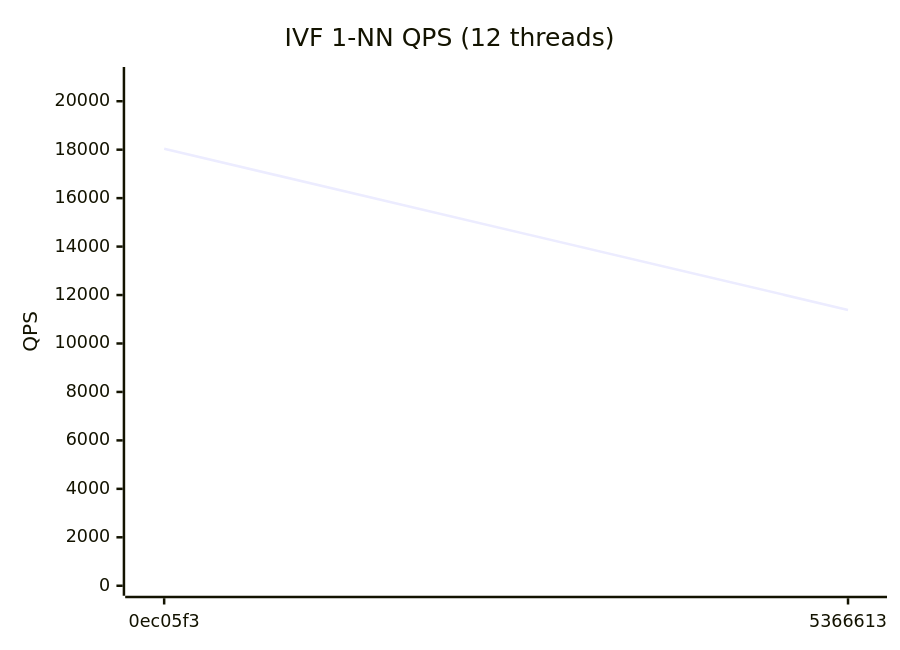
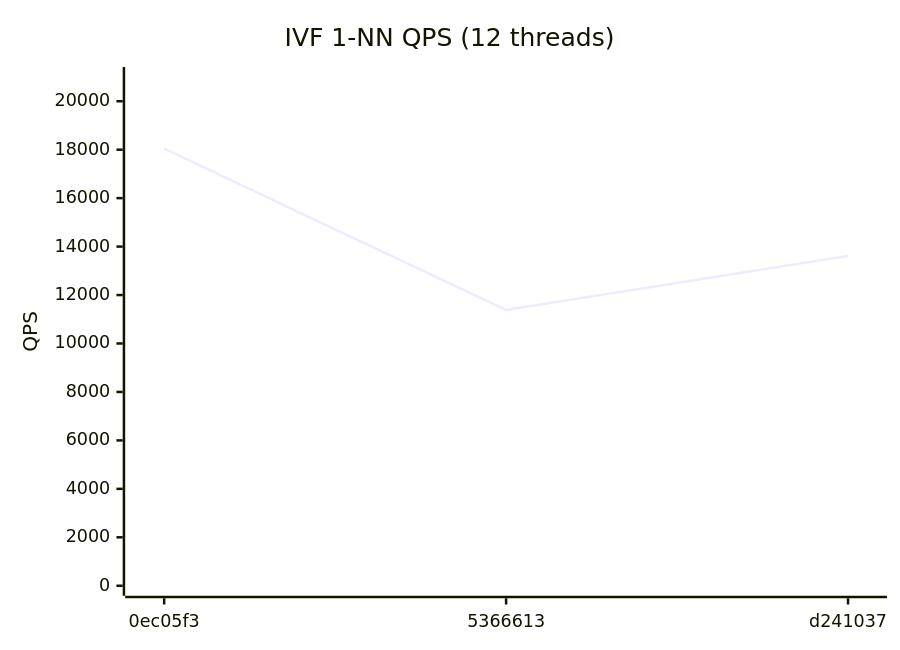
The fourth of 4 diagrams in benchmarks/REPORT.md (bibidhSubedi0/RedBoxDb), drawn with Mermaid before and after one commit. The commit also changed other lines of this file and 1 other file, not shown here.

````diff
--- a/benchmarks/REPORT.md
+++ b/benchmarks/REPORT.md
@@ -49,7 +49,7 @@
 ```mermaid
 xychart-beta
   title "IVF 1-NN QPS (12 threads)"
-  x-axis ["0ec05f3", "5366613"]
+  x-axis ["0ec05f3", "5366613", "d241037"]
   y-axis "QPS" 0 --> 21000
-  line [18039, 11386]
+  line [18039, 11386, 13614]
 ```
````
